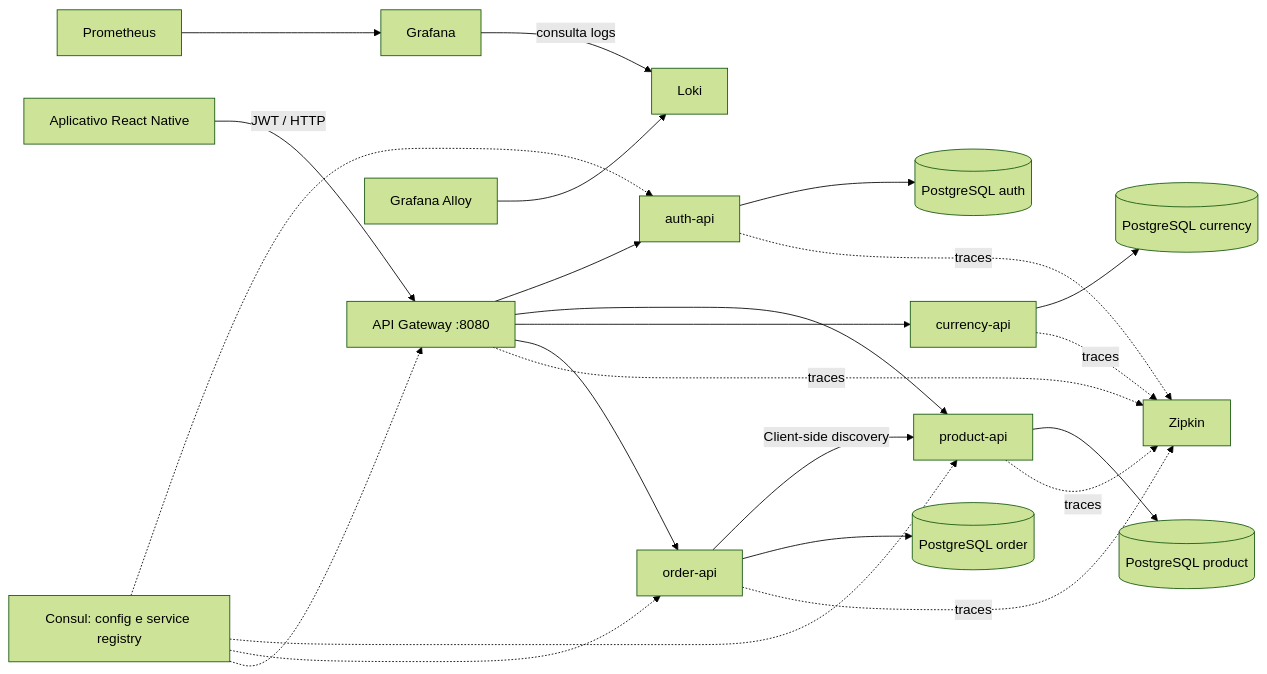
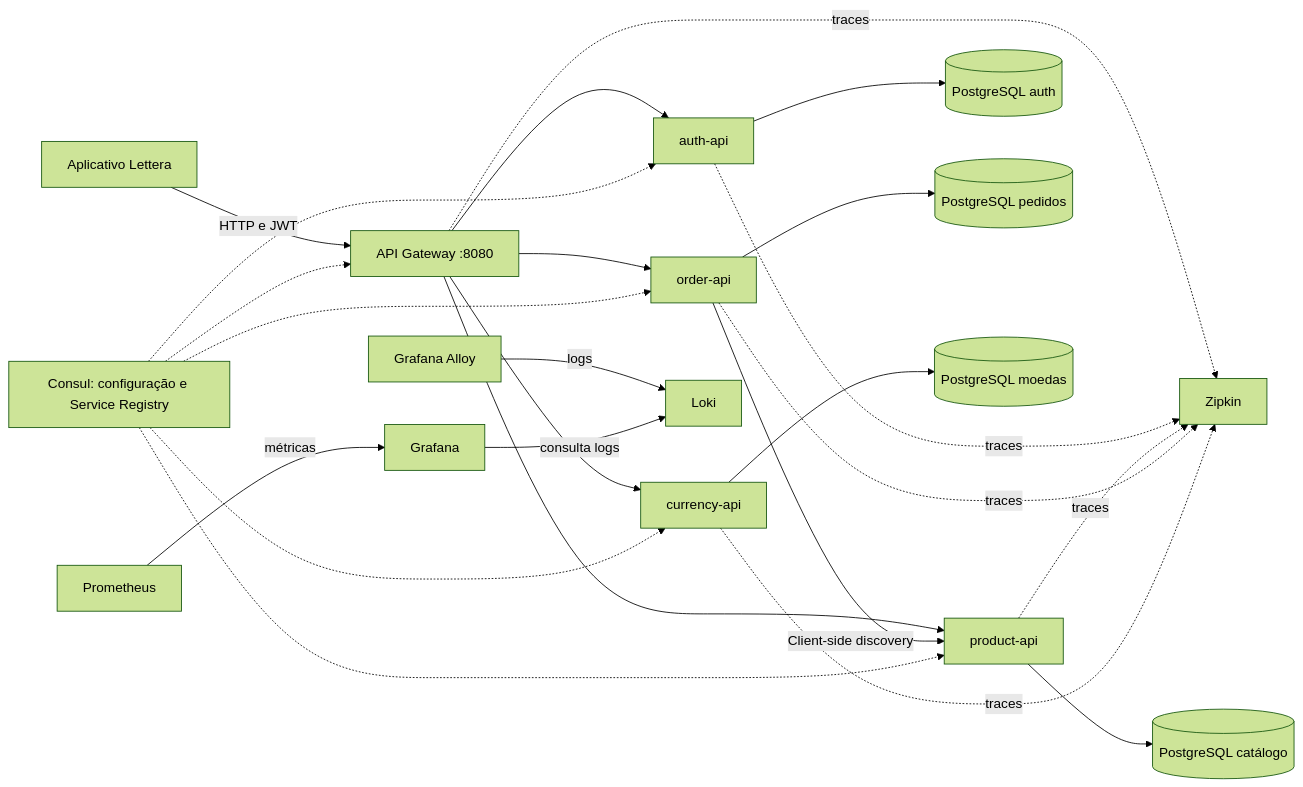
The diagram in README.md (EmillyLautert/microservices-java), drawn with Mermaid (forest theme) before and after one commit. The commit also changed other lines of this file and 59 other files, not shown here.

````diff
--- a/README.md
+++ b/README.md
@@ -7,25 +8,26 @@
 ```mermaid
 flowchart LR
-  App[Aplicativo React Native] -->|JWT / HTTP| GW[API Gateway :8080]
+  App[Aplicativo Lettera] -->|HTTP e JWT| GW[API Gateway :8080]
   GW --> AUTH[auth-api]
   GW --> PROD[product-api]
+  GW --> ORD[order-api]
   GW --> CUR[currency-api]
-  GW --> ORDER[order-api]
-  ORDER -->|Client-side discovery| PROD
-  AUTH --> AUDB[(PostgreSQL auth)]
-  PROD --> PDB[(PostgreSQL product)]
-  ORDER --> ODB[(PostgreSQL order)]
-  CUR --> CDB[(PostgreSQL currency)]
-  CONSUL[Consul: config e service registry] -.-> AUTH
+  ORD -->|Client-side discovery| PROD
+  AUTH --> ADB[(PostgreSQL auth)]
+  PROD --> PDB[(PostgreSQL catálogo)]
+  ORD --> ODB[(PostgreSQL pedidos)]
+  CUR --> CDB[(PostgreSQL moedas)]
+  CONSUL[Consul: configuração e Service Registry] -.-> GW
+  CONSUL -.-> AUTH
   CONSUL -.-> PROD
-  CONSUL -.-> ORDER
-  CONSUL -.-> GW
-  PROM[Prometheus] --> GRAF[Grafana]
-  ALLOY[Grafana Alloy] --> LOKI[Loki]
+  CONSUL -.-> ORD
+  CONSUL -.-> CUR
+  GW -. traces .-> ZIPKIN[Zipkin]
+  AUTH -. traces .-> ZIPKIN
+  PROD -. traces .-> ZIPKIN
+  ORD -. traces .-> ZIPKIN
+  CUR -. traces .-> ZIPKIN
+  PROM[Prometheus] -->|métricas| GRAF[Grafana]
+  ALLOY[Grafana Alloy] -->|logs| LOKI[Loki]
   GRAF -->|consulta logs| LOKI
-  GW -. traces .-> ZIPKIN[Zipkin]
-  AUTH -. traces .-> ZIPKIN[Zipkin]
-  PROD -. traces .-> ZIPKIN
-  ORDER -. traces .-> ZIPKIN
-  CUR -. traces .-> ZIPKIN
 ```
````
